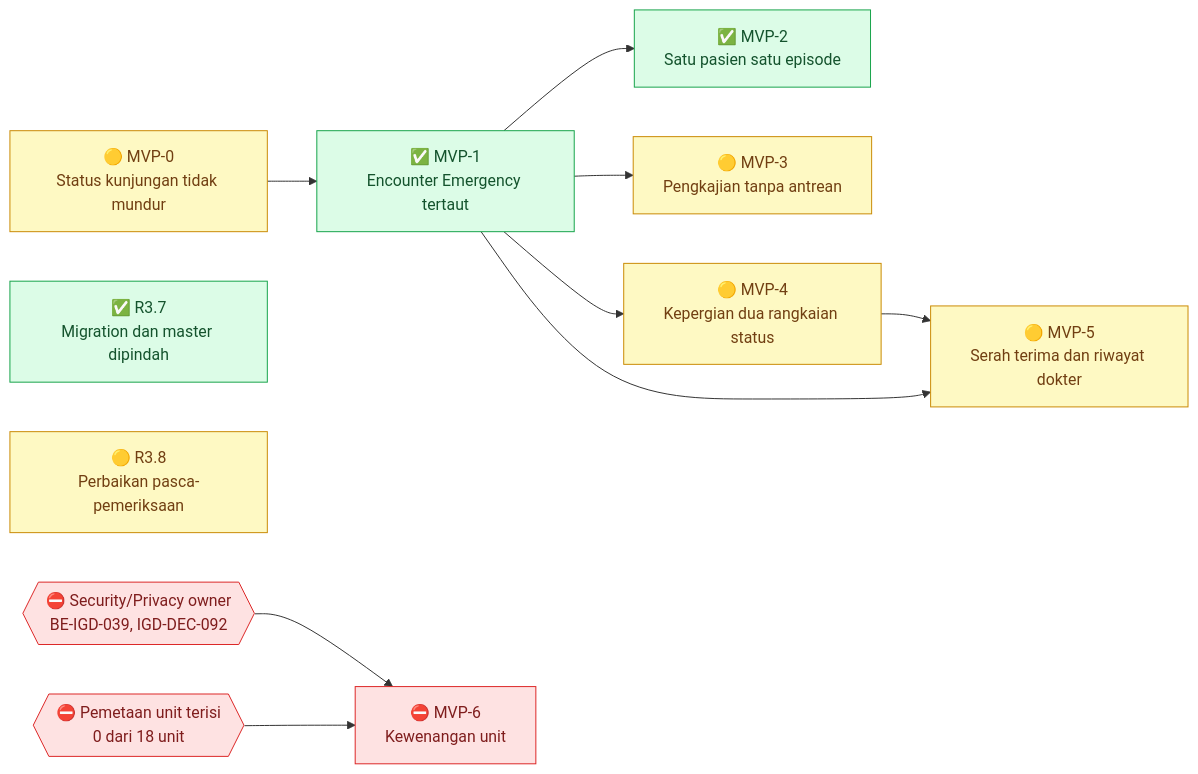
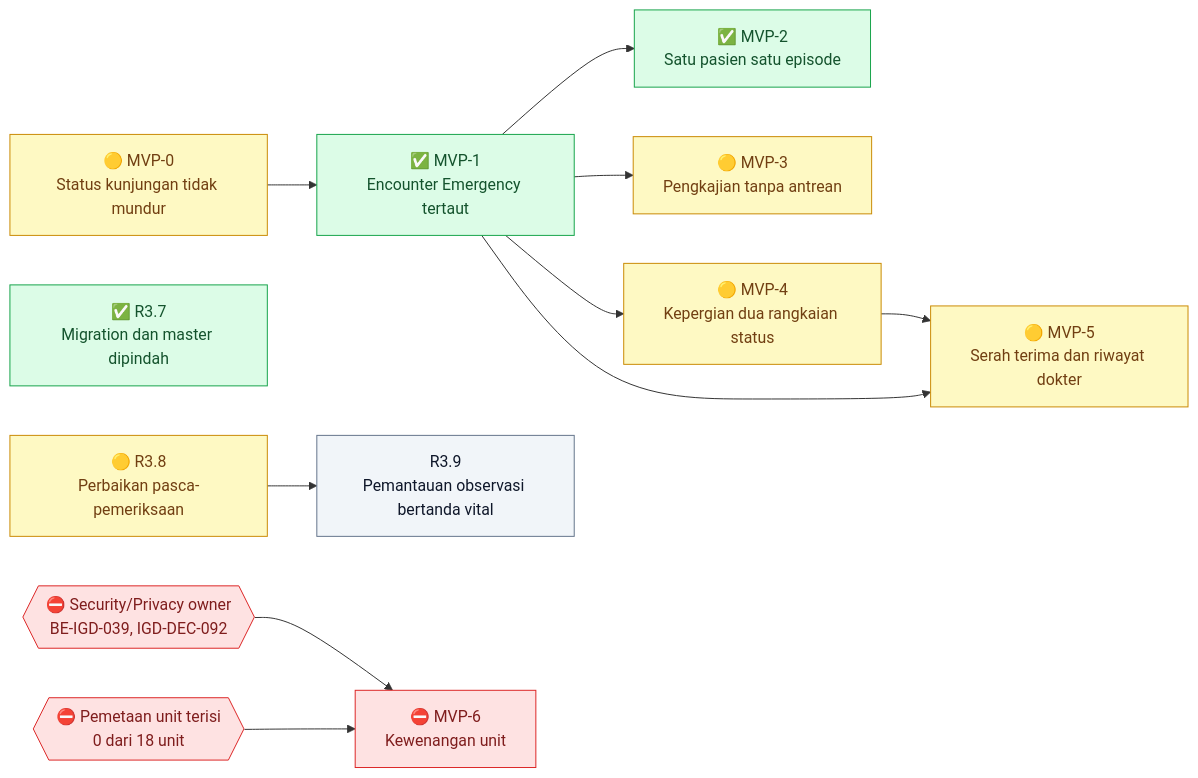
One commit to DevBenari/NewQuilvianSystemBackend changed the first of 8 diagrams in docs/module-blueprints/igd/roadmap/backend-roadmap.md. Above: the diagram before and after it, drawn with Mermaid. The commit also changed other lines of this file and 21 other files, not shown here.

````diff
--- a/docs/module-blueprints/igd/roadmap/backend-roadmap.md
+++ b/docs/module-blueprints/igd/roadmap/backend-roadmap.md
@@ -86,29 +86,31 @@
 ```mermaid
 flowchart LR
     classDef selesai fill:#DCFCE7,stroke:#16A34A,color:#14532D
     classDef sebagian fill:#FEF9C3,stroke:#CA8A04,color:#713F12
     classDef terblokir fill:#FEE2E2,stroke:#DC2626,color:#7F1D1D
     classDef belum fill:#F1F5F9,stroke:#64748B,color:#0F172A
     classDef luar fill:#EDE9FE,stroke:#7C3AED,color:#3B0764
 
     MVP0["🟡 MVP-0<br/>Status kunjungan tidak mundur"]:::sebagian
     MVP1["✅ MVP-1<br/>Encounter Emergency tertaut"]:::selesai
     MVP2["✅ MVP-2<br/>Satu pasien satu episode"]:::selesai
     MVP3["🟡 MVP-3<br/>Pengkajian tanpa antrean"]:::sebagian
     MVP4["🟡 MVP-4<br/>Kepergian dua rangkaian status"]:::sebagian
     MVP5["🟡 MVP-5<br/>Serah terima dan riwayat dokter"]:::sebagian
     R37["✅ R3.7<br/>Migration dan master dipindah"]:::selesai
     R38["🟡 R3.8<br/>Perbaikan pasca-pemeriksaan"]:::sebagian
+    R39["R3.9<br/>Pemantauan observasi bertanda vital"]:::belum
     MVP6["⛔ MVP-6<br/>Kewenangan unit"]:::terblokir
     SEC{{"⛔ Security/Privacy owner<br/>BE-IGD-039, IGD-DEC-092"}}:::terblokir
     MAP{{"⛔ Pemetaan unit terisi<br/>0 dari 18 unit"}}:::terblokir
 
     MVP0 --> MVP1
     MVP1 --> MVP2
     MVP1 --> MVP3
     MVP1 --> MVP4
     MVP4 --> MVP5
     MVP1 --> MVP5
     SEC --> MVP6
     MAP --> MVP6
+    R38 --> R39
 ```
````
